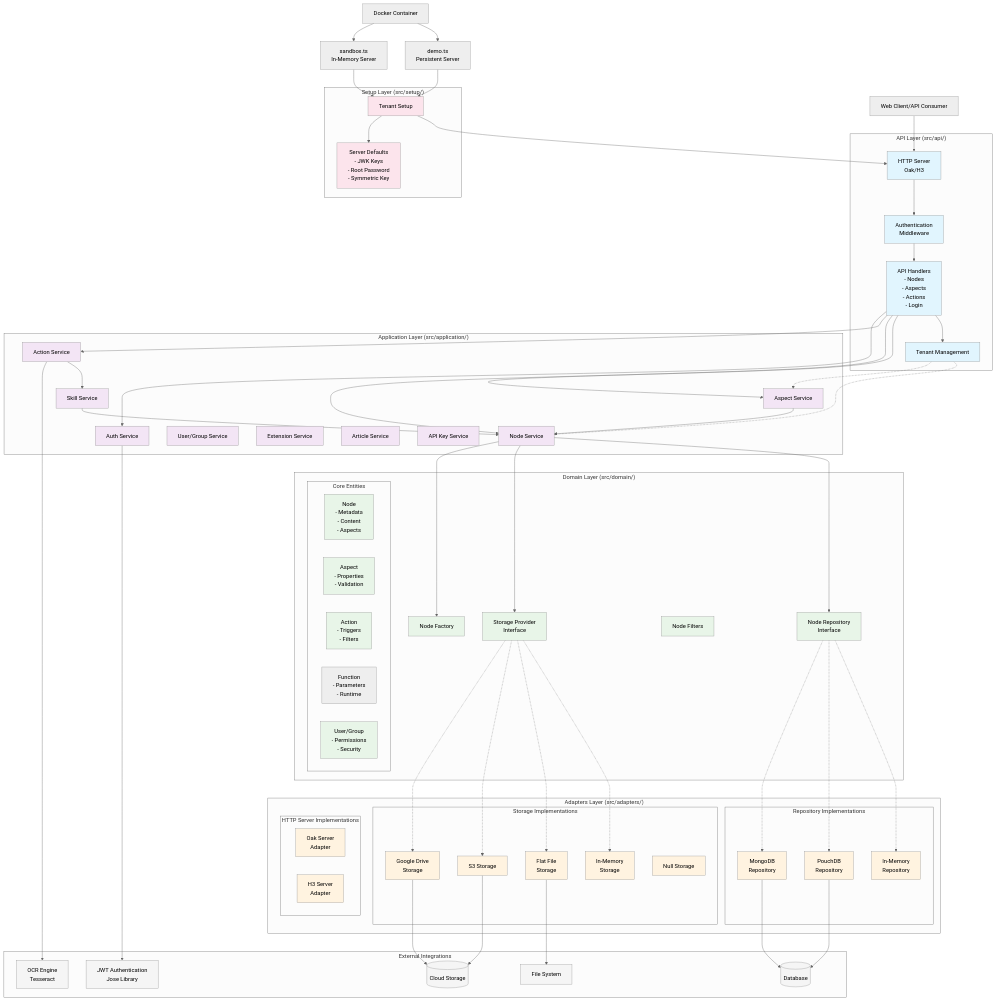
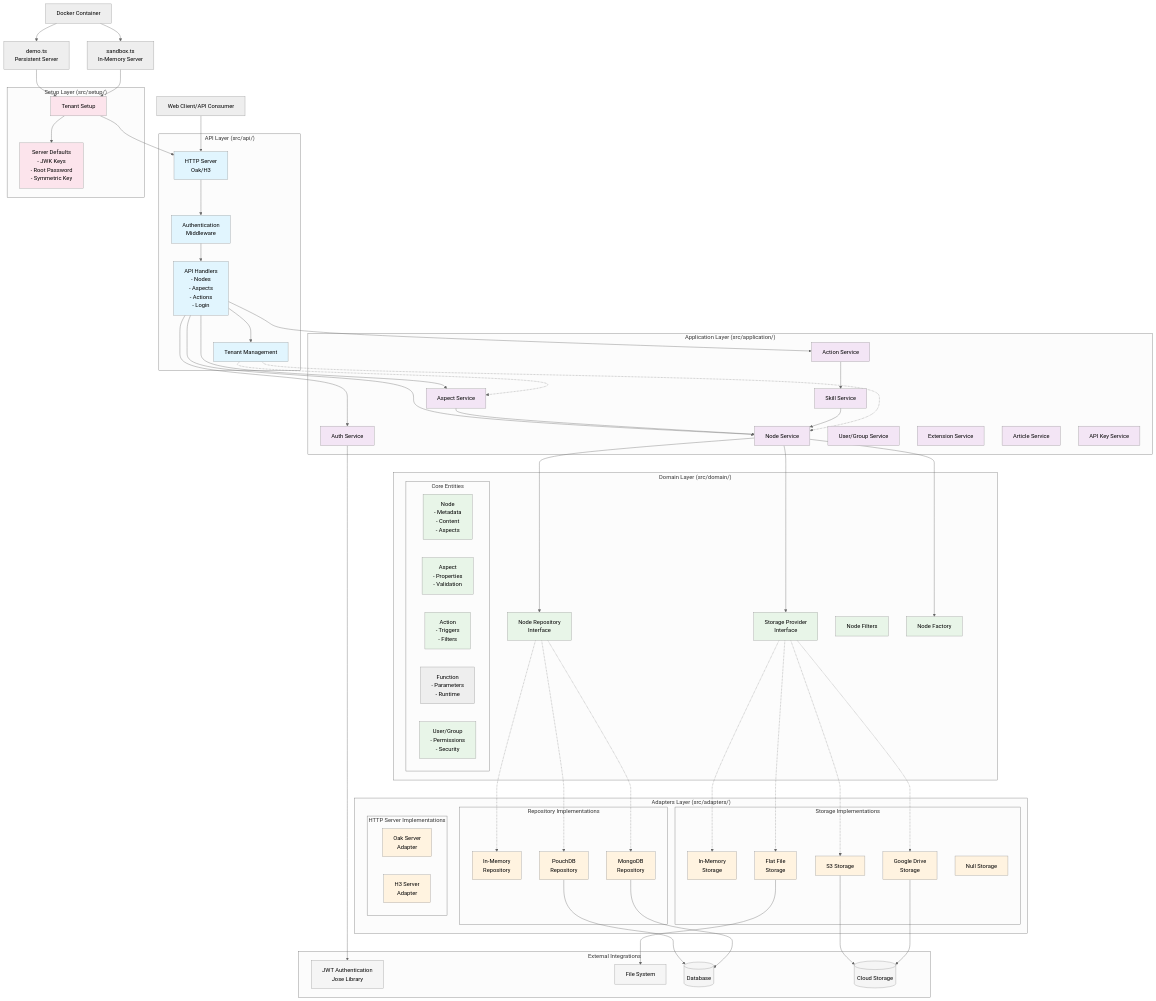
The diagram in docs/architecture.md (kindalus/antbox), drawn with Mermaid (neutral theme) before and after one commit. The commit also changed other lines of this file and 6 other files, not shown here.

````diff
--- a/docs/architecture.md
+++ b/docs/architecture.md
@@ -85,7 +85,6 @@
 
     %% External Services
     subgraph "External Integrations"
-        OCR[OCR Engine<br/>Tesseract]
         JWT[JWT Authentication<br/>Jose Library]
         FileSystem[File System]
         Database[(Database)]
@@ -136,7 +135,6 @@
     GoogleDrive --> CloudStorage
     FlatFile --> FileSystem
 
-    ActionService --> OCR
     AuthService --> JWT
 
     %% Multi-tenancy flow
@@ -155,5 +153,5 @@
     class Node,Aspect,Action,Skill,User,NodeRepo,StorageProvider,NodeFilters,NodeFactory domainLayer
     class InMemRepo,PouchDB,MongoDB,InMemStorage,FlatFile,S3Storage,GoogleDrive,OakAdapter,H3Adapter,NullStorage adapterLayer
     class TenantSetup,ServerDefaults setupLayer
-    class OCR,JWT,FileSystem,Database,CloudStorage external
+    class JWT,FileSystem,Database,CloudStorage external
 ```
````
